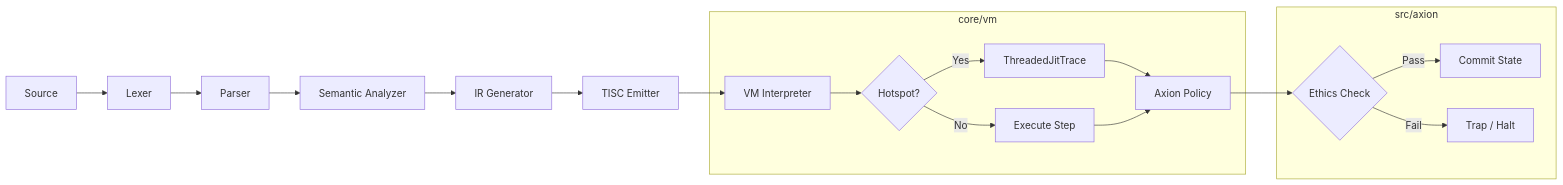
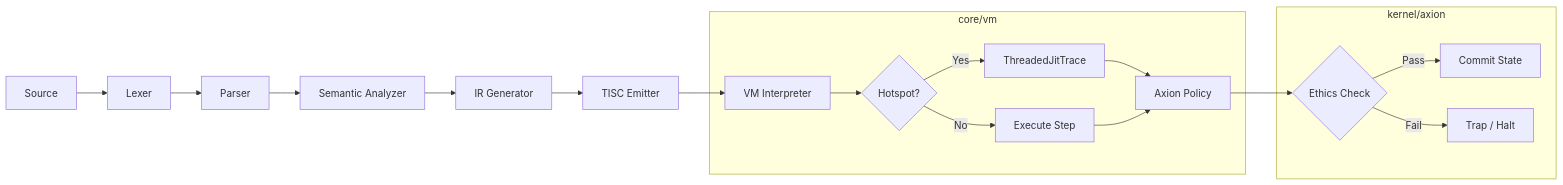
Before and after one commit to ryansctt1994-sudo/t81-foundation: the first of 6 diagrams in docs/reference/architecture.md, drawn with Mermaid. The commit also changed other lines of this file and 69 other files, not shown here.

````diff
--- a/docs/reference/architecture.md
+++ b/docs/reference/architecture.md
@@ -9,23 +9,23 @@
 ```mermaid
 flowchart LR
     Source[Source] --> Lexer[Lexer]
     Lexer --> Parser[Parser]
     Parser --> Semantic[Semantic Analyzer]
     Semantic --> IR[IR Generator]
     IR --> TISC[TISC Emitter]
     TISC --> VM[VM Interpreter]
 
     subgraph Runtime [core/vm]
         VM --> JIT{Hotspot?}
         JIT -- Yes --> Trace[ThreadedJitTrace]
         JIT -- No --> Exec[Execute Step]
         Trace --> Axion[Axion Policy]
         Exec --> Axion
     end
 
-    subgraph Governance [src/axion]
+    subgraph Governance [kernel/axion]
         Axion --> Ethics{Ethics Check}
         Ethics -- Pass --> Commit[Commit State]
         Ethics -- Fail --> Trap[Trap / Halt]
     end
 ```
````
